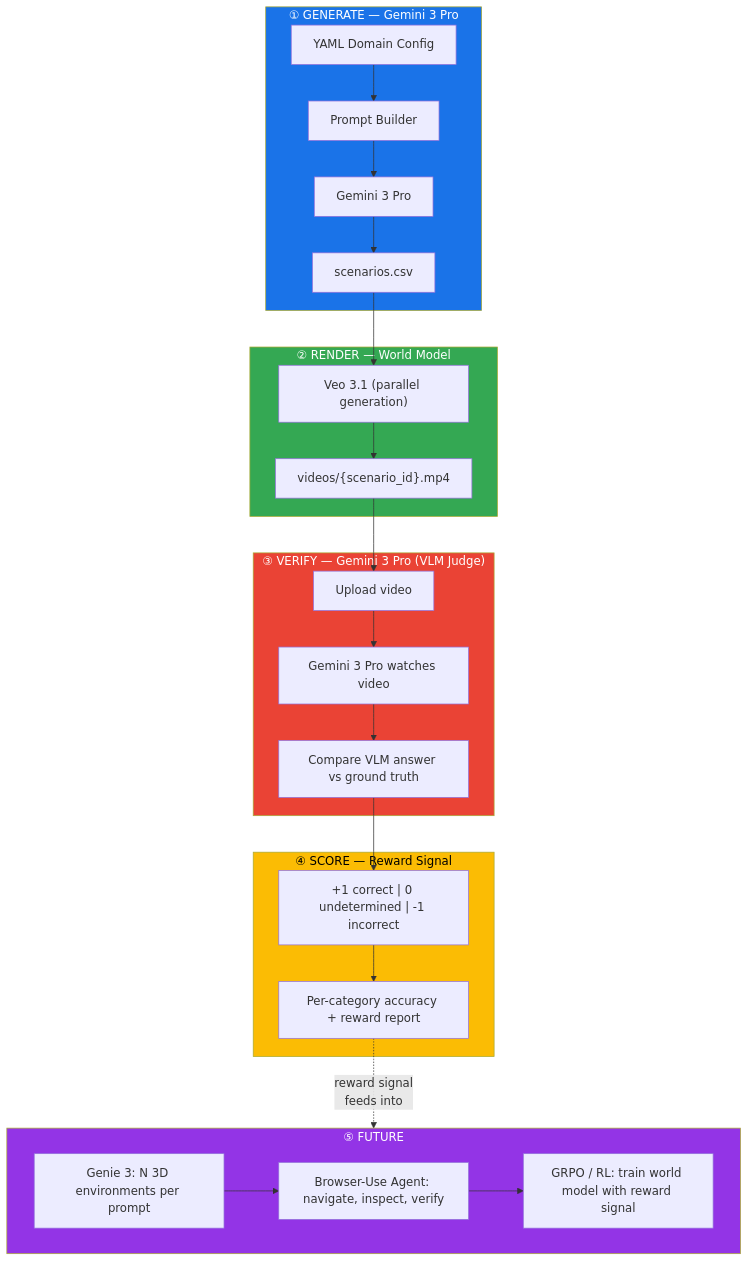
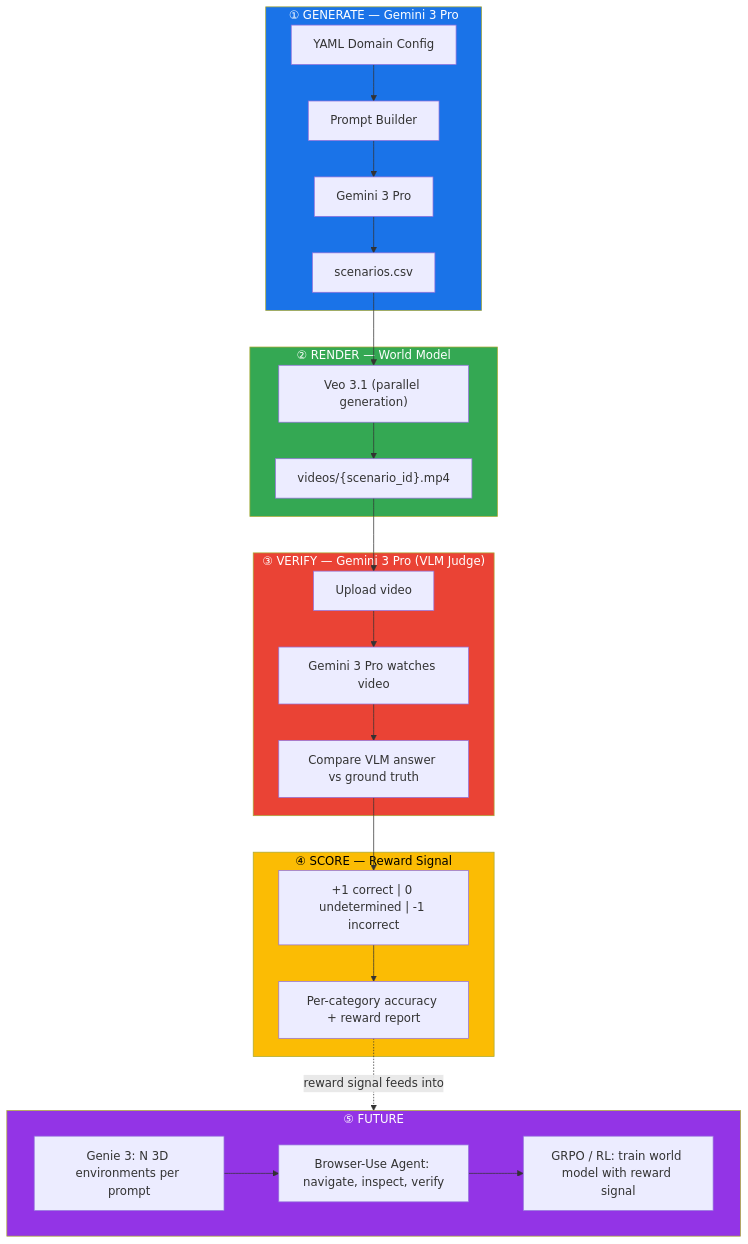
Before and after one commit to mrprokl/world-reward: the diagram in README.md, drawn with Mermaid.

Commit message:
chore: remove \n

````diff
--- a/README.md
+++ b/README.md
@@ -43,45 +43,45 @@
 ```mermaid
 flowchart TB
     subgraph GENERATE["① GENERATE — Gemini 3 Pro"]
         YAML["YAML Domain Config"]
         PROMPT["Prompt Builder"]
         GEMINI_GEN["Gemini 3 Pro"]
         DATASET["scenarios.csv"]
         YAML --> PROMPT --> GEMINI_GEN --> DATASET
     end
 
     subgraph RENDER["② RENDER — World Model"]
         VEO["Veo 3.1 (parallel generation)"]
         VIDEOS["videos/{scenario_id}.mp4"]
         DATASET --> VEO --> VIDEOS
     end
 
     subgraph VERIFY["③ VERIFY — Gemini 3 Pro (VLM Judge)"]
         UPLOAD["Upload video"]
         VLM["Gemini 3 Pro watches video"]
         COMPARE["Compare VLM answer vs ground truth"]
         VIDEOS --> UPLOAD --> VLM --> COMPARE
     end
 
     subgraph SCORE["④ SCORE — Reward Signal"]
         REWARD["+1 correct | 0 undetermined | -1 incorrect"]
         REPORT["Per-category accuracy + reward report"]
         COMPARE --> REWARD --> REPORT
     end
 
     subgraph FUTURE["⑤ FUTURE"]
         direction LR
         GENIE["Genie 3: N 3D environments per prompt"]
         BROWSER["Browser-Use Agent: navigate, inspect, verify"]
         RL["GRPO / RL: train world model with reward signal"]
         GENIE --> BROWSER --> RL
     end
 
-    REPORT -.->|"reward signal\nfeeds into"| FUTURE
+    REPORT -.->|"reward signal feeds into"| FUTURE
 
     style GENERATE fill:#1a73e8,color:#fff
     style RENDER fill:#34a853,color:#fff
     style VERIFY fill:#ea4335,color:#fff
     style SCORE fill:#fbbc04,color:#000
     style FUTURE fill:#9334e6,color:#fff
 ```
````
